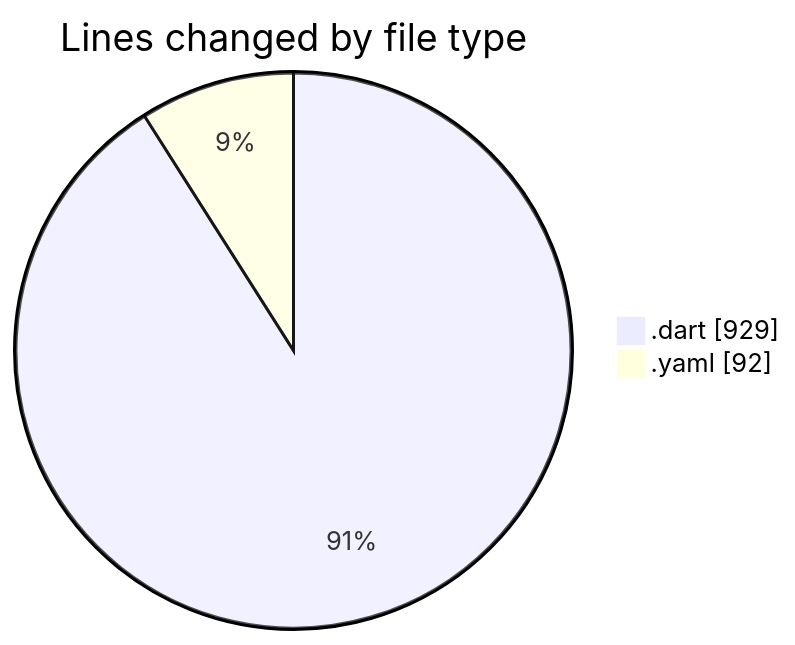
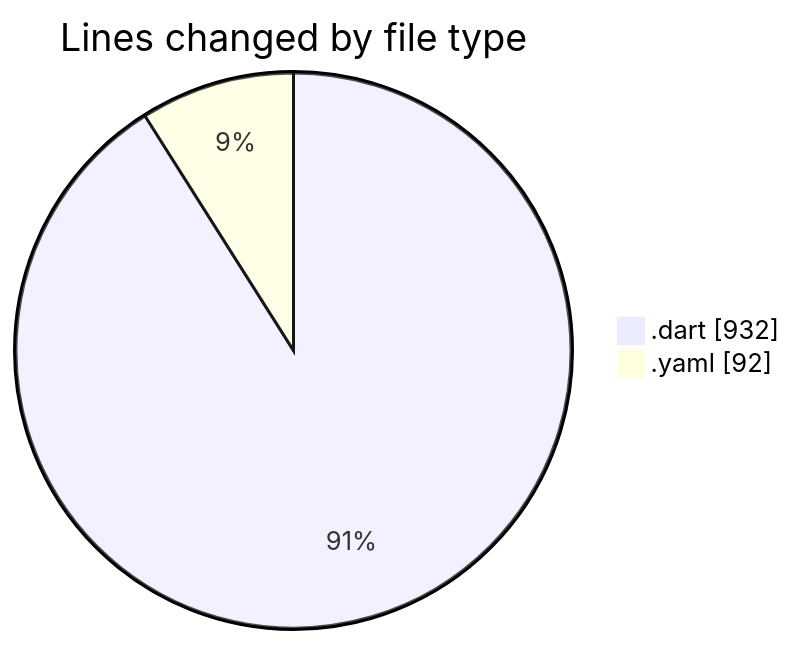
Before and after one commit to donsfak/code-tracking: the first of 2 diagrams in 2025-03-27/wordle/README.md, drawn with Mermaid. The commit also changed other lines of this file and 1 other file, not shown here.

````diff
--- a/2025-03-27/wordle/README.md
+++ b/2025-03-27/wordle/README.md
@@ -28,6 +28,6 @@
 ```mermaid
 pie showData
 title Lines changed by file type
-".dart" : 929
+".dart" : 932
 ".yaml" : 92
 ```
````
